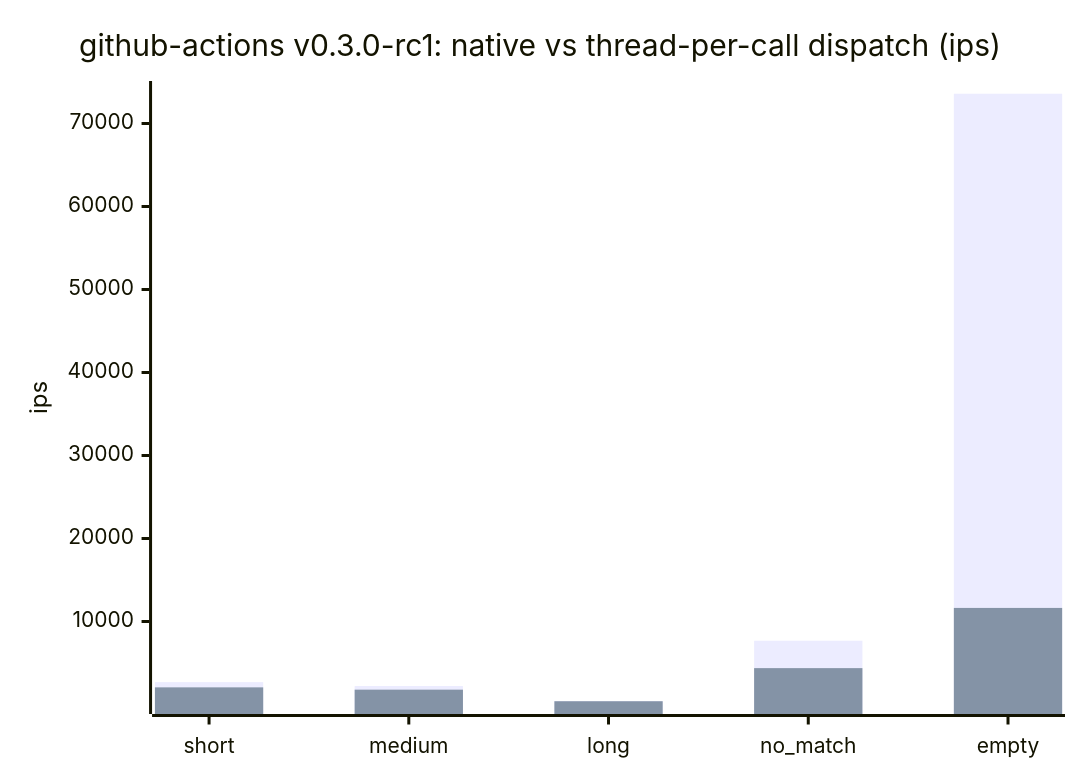
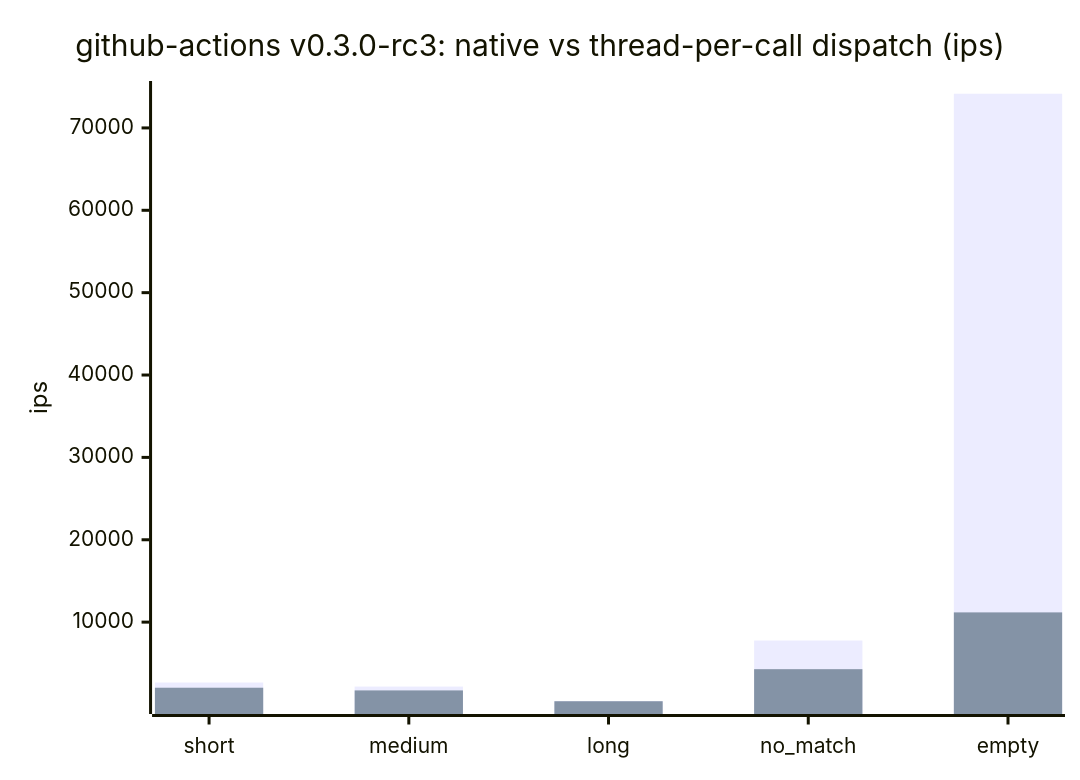
Before and after one commit to cpb/duckling: the first of 7 diagrams in docs/benchmarks/README.md, drawn with Mermaid. The commit also changed other lines of this file and 20 other files, not shown here.

````diff
--- a/docs/benchmarks/README.md
+++ b/docs/benchmarks/README.md
@@ -54,8 +54,8 @@
 ```mermaid
 xychart-beta
-    title "github-actions v0.3.0-rc1: native vs thread-per-call dispatch (ips)"
+    title "github-actions v0.3.0-rc3: native vs thread-per-call dispatch (ips)"
     x-axis [short, medium, long, no_match, empty]
     y-axis "ips"
-    bar "native" [2695.0, 2222.8, 419.6, 7683.6, 73583.5]
-    bar "thread-per-call" [2064.6, 1785.9, 391.5, 4382.0, 11636.2]
+    bar "native" [2667.1, 2175.6, 418.4, 7765.4, 74149.0]
+    bar "thread-per-call" [2035.5, 1709.8, 393.8, 4287.8, 11181.6]
 ```
````
